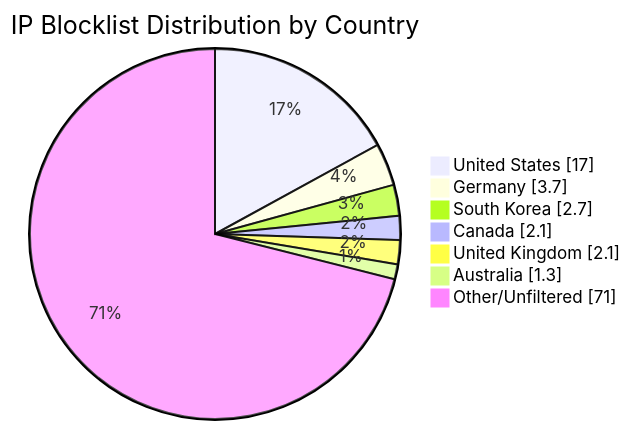
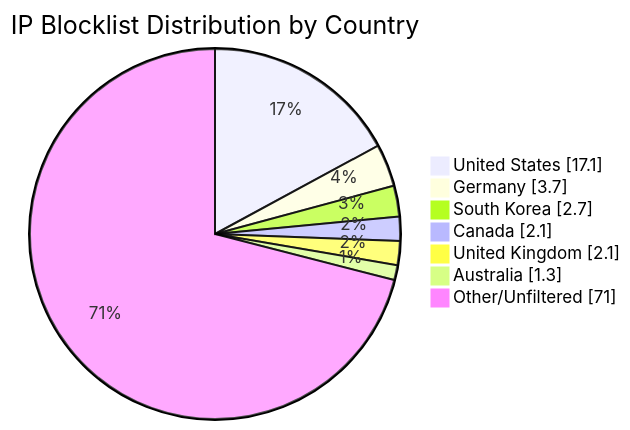
One commit to MarcusHoltz/ipblocklist-geofiltered-aggregator changed the diagram in README.md. Above: the diagram before and after it, drawn with Mermaid. The commit also changed other lines of this file and 9 other files, not shown here.

````diff
--- a/README.md
+++ b/README.md
@@ -34,10 +34,10 @@
 ```mermaid
 pie showData title IP Blocklist Distribution by Country
-"United States" : 17.0
+"United States" : 17.1
 "Germany" : 3.7
 "South Korea" : 2.7
 "Canada" : 2.1
 "United Kingdom" : 2.1
 "Australia" : 1.3
 "Other/Unfiltered" : 71.0
 ```
````
